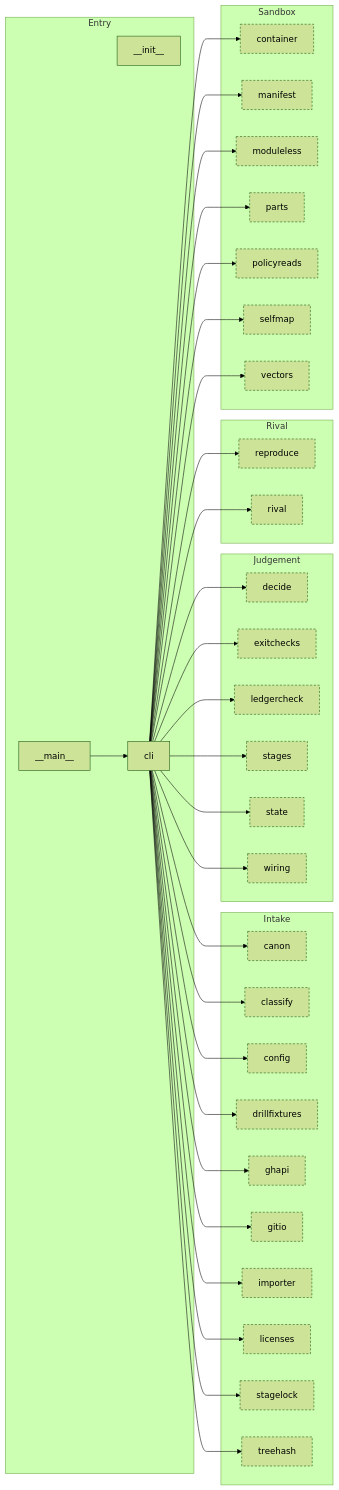
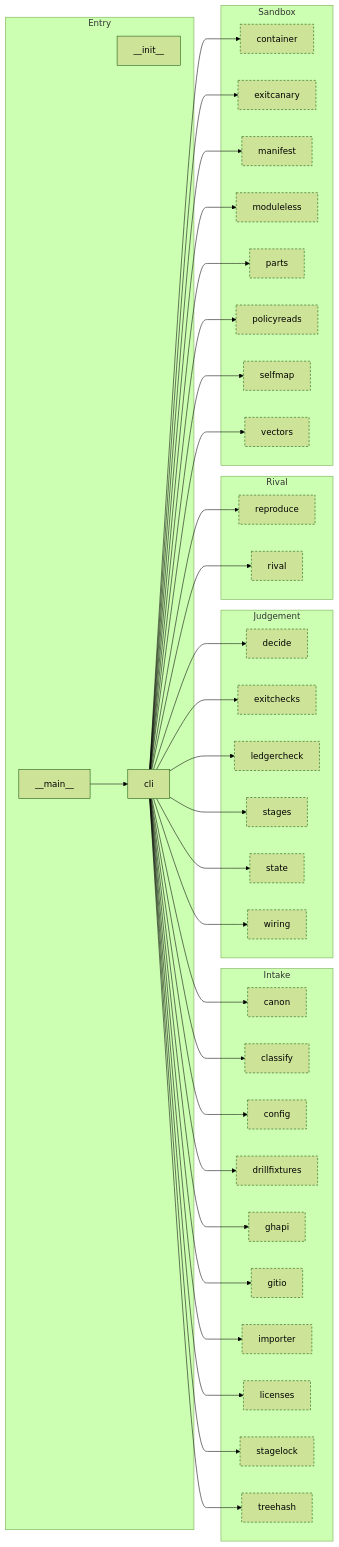
The third of 8 diagrams in docs/harita.md (Okan-wqm/snowball-mcp), drawn with Mermaid (forest theme) before and after one commit. The commit also changed other lines of this file and 19 other files, not shown here.

````diff
--- a/docs/harita.md
+++ b/docs/harita.md
@@ -113,68 +117,70 @@
 ```mermaid
 flowchart LR
   subgraph a_Entry["Entry"]
     m___init__["__init__"]
     m___main__["__main__"]
     m_cli["cli"]
   end
   subgraph a_Intake["Intake"]
     m_canon["canon"]:::outside
     m_classify["classify"]:::outside
     m_config["config"]:::outside
     m_drillfixtures["drillfixtures"]:::outside
     m_ghapi["ghapi"]:::outside
     m_gitio["gitio"]:::outside
     m_importer["importer"]:::outside
     m_licenses["licenses"]:::outside
     m_stagelock["stagelock"]:::outside
     m_treehash["treehash"]:::outside
   end
   subgraph a_Judgement["Judgement"]
     m_decide["decide"]:::outside
     m_exitchecks["exitchecks"]:::outside
     m_ledgercheck["ledgercheck"]:::outside
     m_stages["stages"]:::outside
     m_state["state"]:::outside
     m_wiring["wiring"]:::outside
   end
   subgraph a_Rival["Rival"]
     m_reproduce["reproduce"]:::outside
     m_rival["rival"]:::outside
   end
   subgraph a_Sandbox["Sandbox"]
     m_container["container"]:::outside
+    m_exitcanary["exitcanary"]:::outside
     m_manifest["manifest"]:::outside
     m_moduleless["moduleless"]:::outside
     m_parts["parts"]:::outside
     m_policyreads["policyreads"]:::outside
     m_selfmap["selfmap"]:::outside
     m_vectors["vectors"]:::outside
   end
   m___main__ --> m_cli
   m_cli --> m_canon
   m_cli --> m_classify
   m_cli --> m_config
   m_cli --> m_container
   m_cli --> m_decide
   m_cli --> m_drillfixtures
+  m_cli --> m_exitcanary
   m_cli --> m_exitchecks
   m_cli --> m_ghapi
   m_cli --> m_gitio
   m_cli --> m_importer
   m_cli --> m_ledgercheck
   m_cli --> m_licenses
   m_cli --> m_manifest
   m_cli --> m_moduleless
   m_cli --> m_parts
   m_cli --> m_policyreads
   m_cli --> m_reproduce
   m_cli --> m_rival
   m_cli --> m_selfmap
   m_cli --> m_stagelock
   m_cli --> m_stages
   m_cli --> m_state
   m_cli --> m_treehash
   m_cli --> m_vectors
   m_cli --> m_wiring
   classDef outside stroke-dasharray: 4 3
 ```
````
